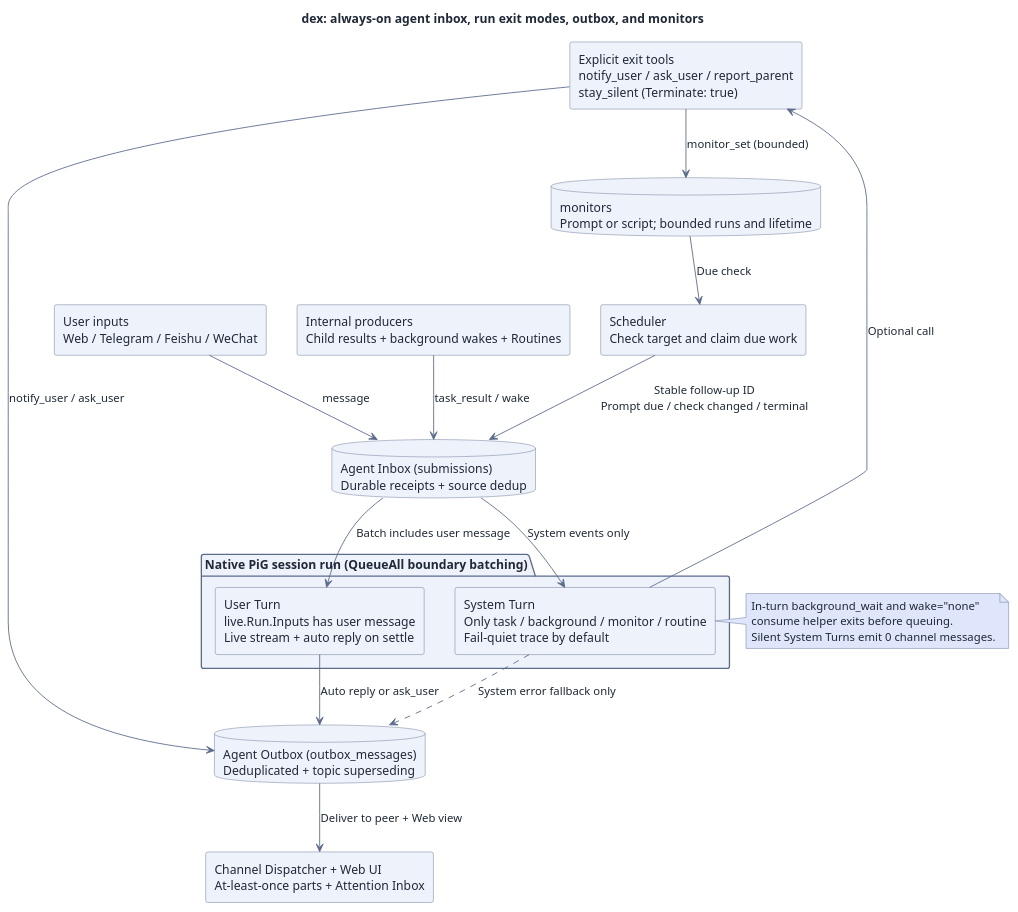
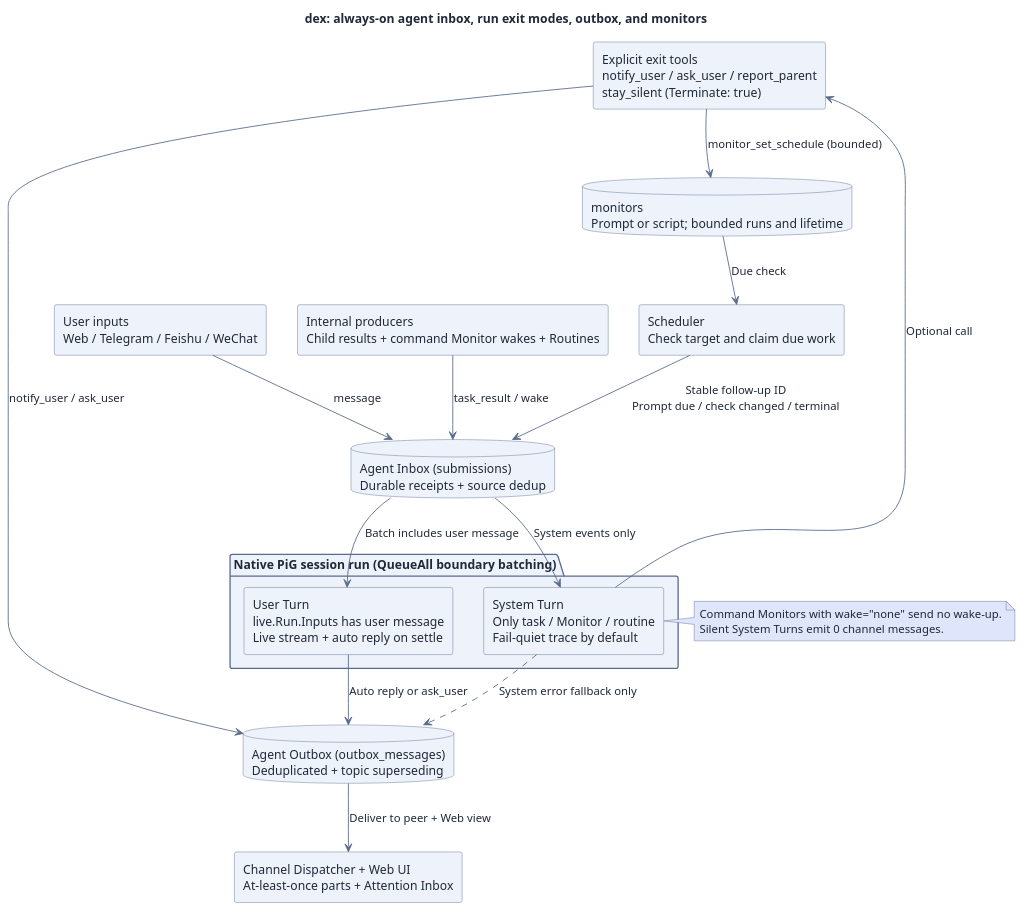
Before and after one commit to recally-io/dex: the diagram in docs/assets/src/always-on-flow.puml, drawn with PlantUML. The commit also changed 33 other files, not shown here.

First line of the commit message:
control: Replace background tools with command Monitors (#286)

```diff
--- a/docs/assets/src/always-on-flow.puml
+++ b/docs/assets/src/always-on-flow.puml
@@ -1,56 +1,55 @@
 @startuml
 skinparam RectangleBackgroundColor #eef2fb
 skinparam RectangleBorderColor #5b6b8c
 skinparam RectangleFontColor #1f2937
 skinparam DatabaseBackgroundColor #eef2fb
 skinparam DatabaseBorderColor #5b6b8c
 skinparam DatabaseFontColor #1f2937
 skinparam PackageBackgroundColor #eef2fb
 skinparam PackageBorderColor #5b6b8c
 skinparam DefaultFontColor #1f2937
 skinparam ArrowColor #5b6b8c
 skinparam ArrowFontColor #1f2937
 skinparam NoteBackgroundColor #dfe5fb
 skinparam NoteBorderColor #5b6b8c
 skinparam NoteFontColor #1f2937
 skinparam BackgroundColor #ffffff
 title dex: always-on agent inbox, run exit modes, outbox, and monitors
 top to bottom direction
 
 rectangle "User inputs\nWeb / Telegram / Feishu / WeChat" as user_in
-rectangle "Internal producers\nChild results + background wakes + Routines" as sys_in
+rectangle "Internal producers\nChild results + command Monitor wakes + Routines" as sys_in
 database "monitors\nPrompt or script; bounded runs and lifetime" as monitors
 rectangle "Scheduler\nCheck target and claim due work" as sched
 
 database "Agent Inbox (submissions)\nDurable receipts + source dedup" as inbox
 
 package "Native PiG session run (QueueAll boundary batching)" as run {
   rectangle "User Turn\nlive.Run.Inputs has user message\nLive stream + auto reply on settle" as user_turn
-  rectangle "System Turn\nOnly task / background / monitor / routine\nFail-quiet trace by default" as sys_turn
+  rectangle "System Turn\nOnly task / Monitor / routine\nFail-quiet trace by default" as sys_turn
 }
 
 rectangle "Explicit exit tools\nnotify_user / ask_user / report_parent\nstay_silent (Terminate: true)" as tools
 database "Agent Outbox (outbox_messages)\nDeduplicated + topic superseding" as outbox
 rectangle "Channel Dispatcher + Web UI\nAt-least-once parts + Attention Inbox" as dispatch
 
 monitors --> sched : Due check
 sched --> inbox : Stable follow-up ID\nPrompt due / check changed / terminal
 user_in --> inbox : message
 sys_in --> inbox : task_result / wake
 
 inbox --> user_turn : Batch includes user message
 inbox --> sys_turn : System events only
 
 user_turn --> outbox : Auto reply or ask_user
 sys_turn --> tools : Optional call
 tools --> outbox : notify_user / ask_user
-tools --> monitors : monitor_set (bounded)
+tools --> monitors : monitor_set_schedule (bounded)
 sys_turn ..> outbox : System error fallback only
 
 outbox --> dispatch : Deliver to peer + Web view
 note right of sys_turn
-  In-turn background_wait and wake="none"
-  consume helper exits before queuing.
+  Command Monitors with wake="none" send no wake-up.
   Silent System Turns emit 0 channel messages.
 end note
 @enduml
```
